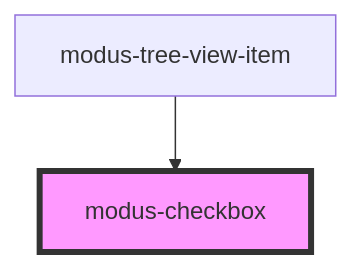
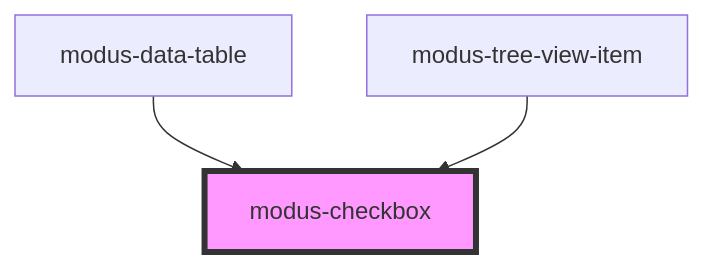
Before and after one commit to trimble-oss/modus-web-components: the diagram in stencil-workspace/src/components/modus-checkbox/readme.md, drawn with Mermaid. The commit also changed other lines of this file and 12 other files, not shown here.

Commit message:
Data Table selection, row click, cell links

````diff
--- a/stencil-workspace/src/components/modus-checkbox/readme.md
+++ b/stencil-workspace/src/components/modus-checkbox/readme.md
@@ -34,5 +35,6 @@
 ```mermaid
 graph TD;
+  modus-data-table --> modus-checkbox
   modus-tree-view-item --> modus-checkbox
   style modus-checkbox fill:#f9f,stroke:#333,stroke-width:4px
 ```
````
